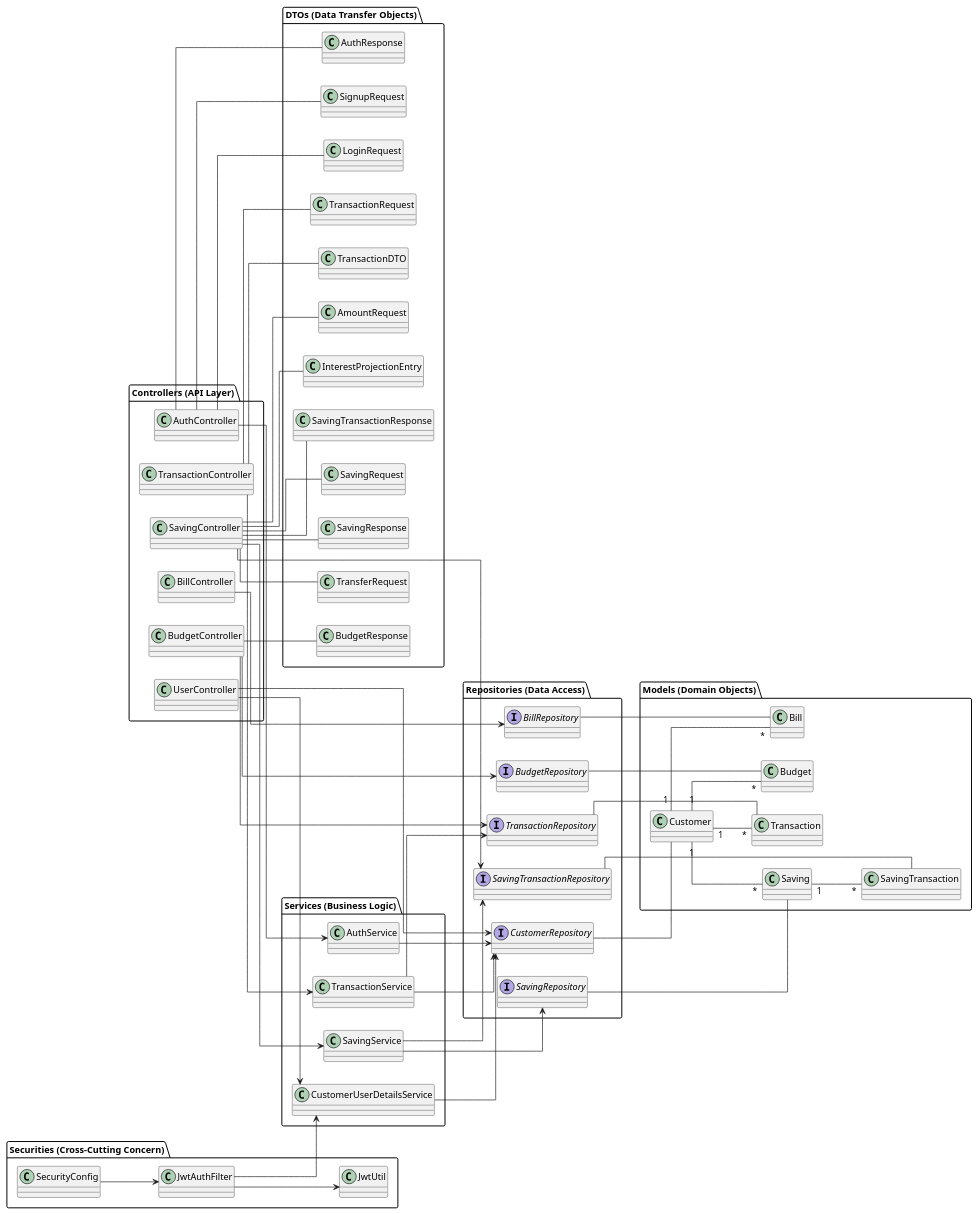
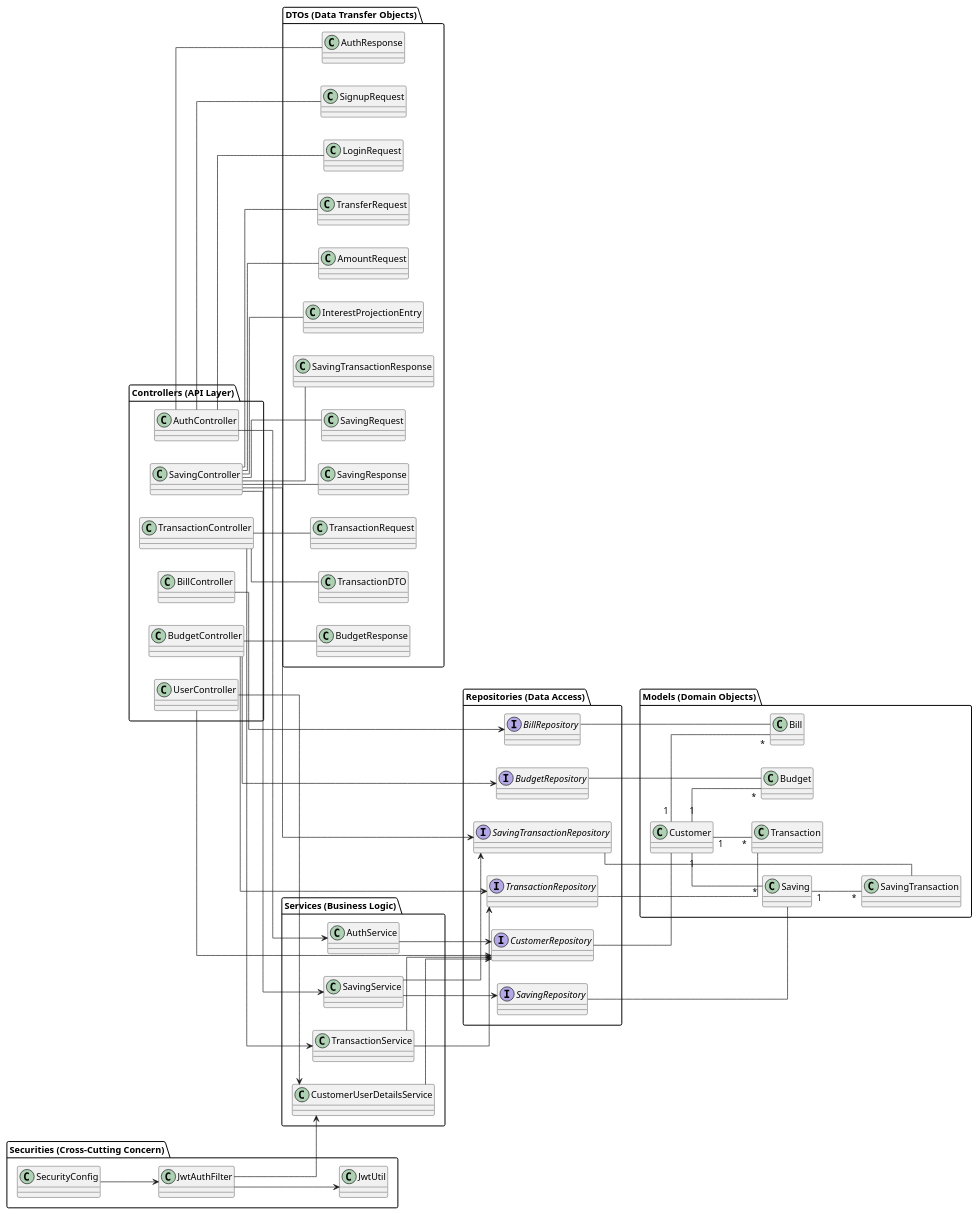
The diagram in design/class_diagram.plantuml (TrungVN9/expense-tracker-app), drawn with PlantUML before and after one commit. The commit also changed 2 other files, not shown here.

Commit message:
updated class diagram

```diff
--- a/design/class_diagram.plantuml
+++ b/design/class_diagram.plantuml
@@ -1,120 +1,122 @@
 @startuml
 
 ' Style and layout
 skinparam classAttributeIconSize 0
 skinparam linetype ortho
 
 left to right direction
+
+package "DTOs (Data Transfer Objects)" {
+    class AuthResponse
+    class SignupRequest
+    class LoginRequest
+    class BudgetResponse
+    class TransactionRequest
+    class TransferRequest
+    class AmountRequest
+    class InterestProjectionEntry
+    class SavingTransactionResponse
+    class SavingRequest
+    class SavingResponse
+    class TransactionDTO
+
+}
 
 ' Packages for organization
 package "Controllers (API Layer)" {
     class AuthController
     class BillController
     class BudgetController
     class TransactionController
     class UserController
     class SavingController
 }
 
 package "Services (Business Logic)" {
     class AuthService
     class CustomerUserDetailsService
     class TransactionService
     class SavingService
 }
 
 package "Repositories (Data Access)" {
     interface BillRepository
     interface BudgetRepository
     interface CustomerRepository
     interface TransactionRepository
     interface SavingRepository
     interface SavingTransactionRepository
 }
 
 ' 1. Controller -> Service (Strict Layering)
 AuthController --> AuthService
 BillController --> BillRepository
 BudgetController --> BudgetRepository
 BudgetController --> TransactionRepository
 TransactionController --> TransactionService
 UserController --> CustomerUserDetailsService
 UserController --> CustomerRepository
 SavingController --> SavingService
 SavingController --> SavingTransactionRepository
 
 ' 2. Service -> Repository
 AuthService --> CustomerRepository
 CustomerUserDetailsService --> CustomerRepository
 TransactionService --> TransactionRepository
 TransactionService --> CustomerRepository
 SavingService --> SavingRepository
 SavingService --> SavingTransactionRepository
 
 package "Models (Domain Objects)" {
     class Bill
     class Budget
     class Customer
     class Transaction
     class Saving
     class SavingTransaction
 }
 
 package "Securities (Cross-Cutting Concern)" {
     class JwtAuthFilter
     class JwtUtil
     class SecurityConfig
 }
 
 
-package "DTOs (Data Transfer Objects)" {
-    class AuthResponse
-    class SignupRequest
-    class LoginRequest
-    class BudgetResponse
-    class TransactionRequest
-    class TransferRequest
-    class AmountRequest
-    class InterestProjectionEntry
-    class SavingTransactionResponse
-    class SavingRequest
-    class SavingResponse
-    class TransactionDTO
 
-}
 
 ' 3. Repository -> Models
 BillRepository -- Bill
 BudgetRepository -- Budget
 CustomerRepository -- Customer
 TransactionRepository -- Transaction
 SavingRepository -- Saving
 SavingTransactionRepository -- SavingTransaction
 
 ' Controller -> DTOs
 AuthController -- AuthResponse
 AuthController -- SignupRequest
 AuthController -- LoginRequest
 BudgetController -- BudgetResponse
 TransactionController -- TransactionRequest
 TransactionController -- TransactionDTO
 SavingController -- SavingRequest
 SavingController -- SavingResponse
 SavingController -- SavingTransactionResponse
 SavingController -- TransferRequest
 SavingController -- AmountRequest
 SavingController -- InterestProjectionEntry
 
 ' Security
 SecurityConfig --> JwtAuthFilter
 JwtAuthFilter --> JwtUtil
 JwtAuthFilter --> CustomerUserDetailsService
 
 ' Model Relationships
 Customer "1" -- "*" Bill
 Customer "1" -- "*" Budget
 Customer "1" -- "*" Transaction
 Customer "1" -- "*" Saving
 Saving "1" -- "*" SavingTransaction
 
 @enduml
```
